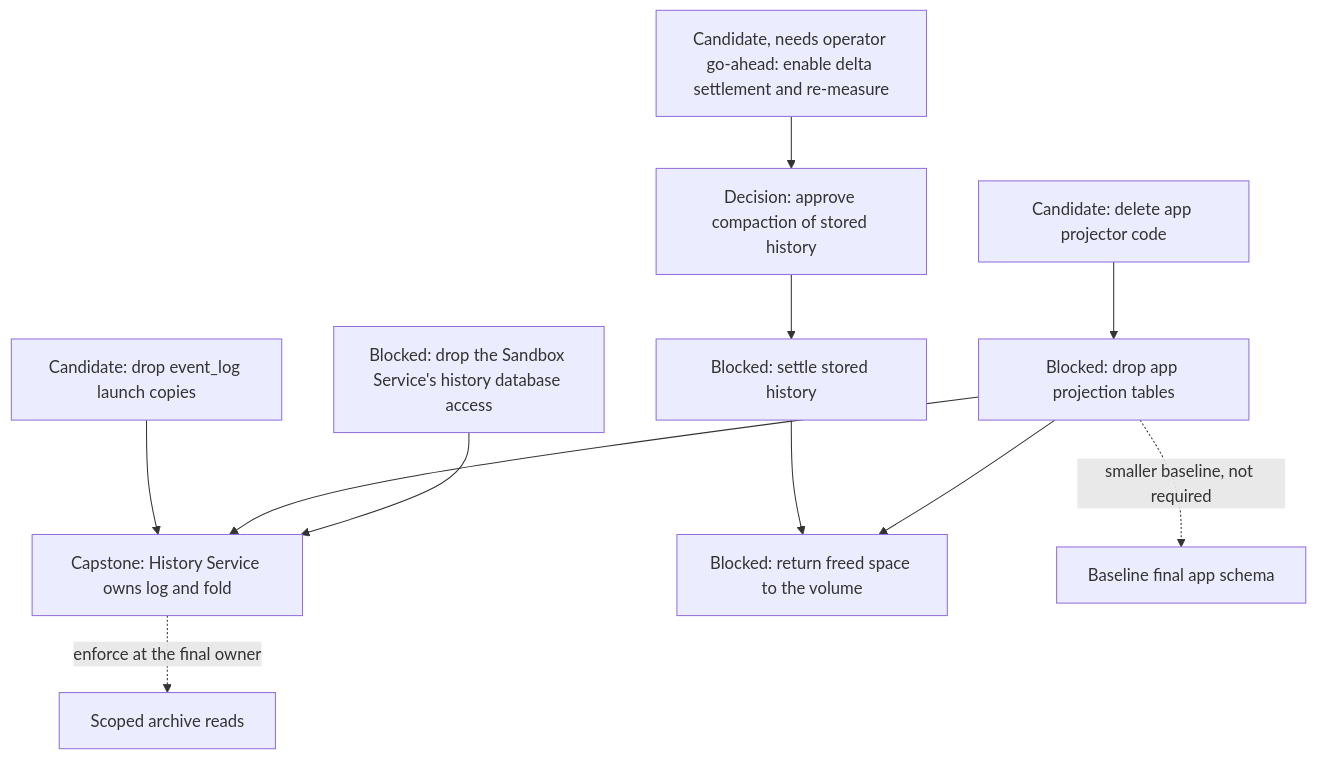
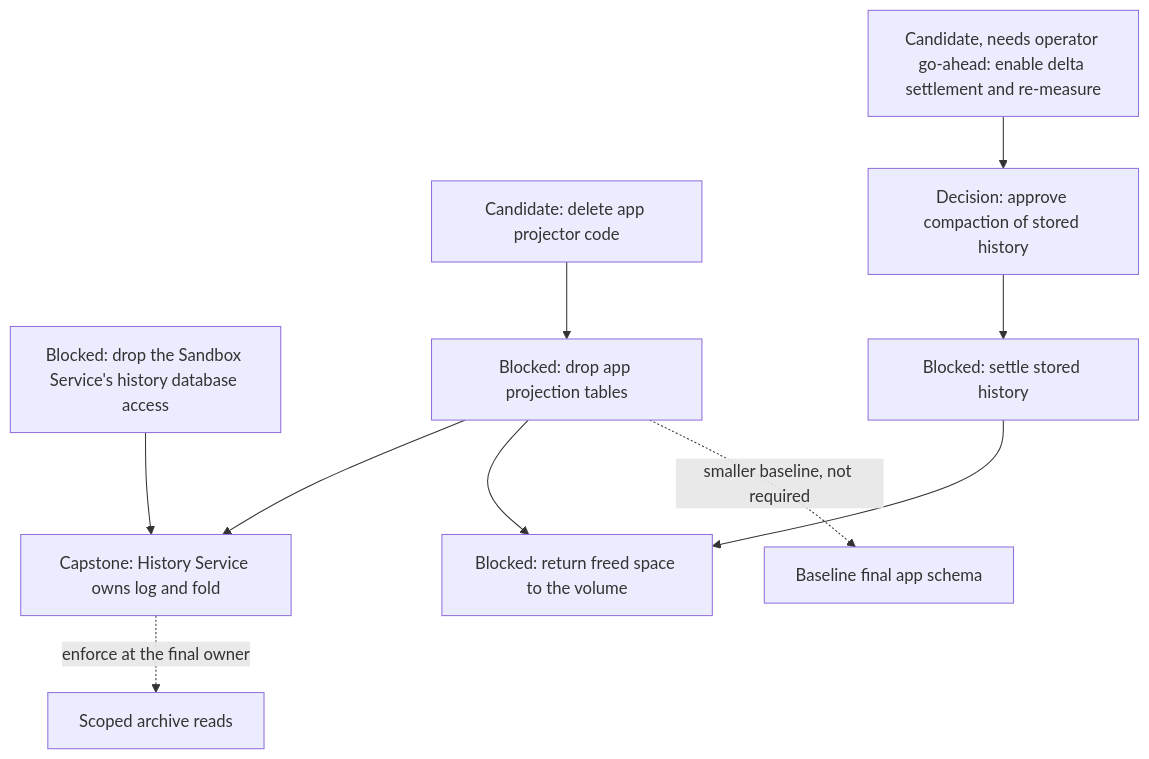
The eighth of 12 diagrams in agentplane/plans/task_dag.md (agentydragon-agent/ducktape), drawn with Mermaid before and after one commit. The commit also changed other lines of this file and 7 other files, not shown here.

````diff
--- a/agentplane/plans/task_dag.md
+++ b/agentplane/plans/task_dag.md
@@ -580,24 +580,22 @@
 ```mermaid
 flowchart TD
     SANDBOX_LOCAL_HISTORY_RETIRE[Blocked: drop the Sandbox Service's history database access]
     APP_PROJECTOR_RETIRE[Candidate: delete app projector code]
     APP_PROJECTION_RETIRE[Blocked: drop app projection tables]
-    APP_EVENT_LOG_COPIES_RETIRE[Candidate: drop event_log launch copies]
     HISTORY_SERVICE_OWNERSHIP[Capstone: History Service owns log and fold]
     SESSION_EVENT_RETENTION_ENABLE[Candidate, needs operator go-ahead: enable delta settlement and re-measure]
     SESSION_EVENT_COMPACTION_PLAN[Decision: approve compaction of stored history]
     SESSION_EVENT_COMPACTION[Blocked: settle stored history]
     HISTORY_REPACK[Blocked: return freed space to the volume]
     APP_ALEMBIC_SQUASH[Baseline final app schema]
     THREAD_READ_POLICY[Scoped archive reads]
     APP_PROJECTOR_RETIRE --> APP_PROJECTION_RETIRE
-    APP_EVENT_LOG_COPIES_RETIRE --> HISTORY_SERVICE_OWNERSHIP
     APP_PROJECTION_RETIRE --> HISTORY_SERVICE_OWNERSHIP
     SANDBOX_LOCAL_HISTORY_RETIRE --> HISTORY_SERVICE_OWNERSHIP
     SESSION_EVENT_RETENTION_ENABLE --> SESSION_EVENT_COMPACTION_PLAN
     SESSION_EVENT_COMPACTION_PLAN --> SESSION_EVENT_COMPACTION
     SESSION_EVENT_COMPACTION --> HISTORY_REPACK
     APP_PROJECTION_RETIRE --> HISTORY_REPACK
     APP_PROJECTION_RETIRE -. smaller baseline, not required .-> APP_ALEMBIC_SQUASH
     HISTORY_SERVICE_OWNERSHIP -. enforce at the final owner .-> THREAD_READ_POLICY
 ```
````
